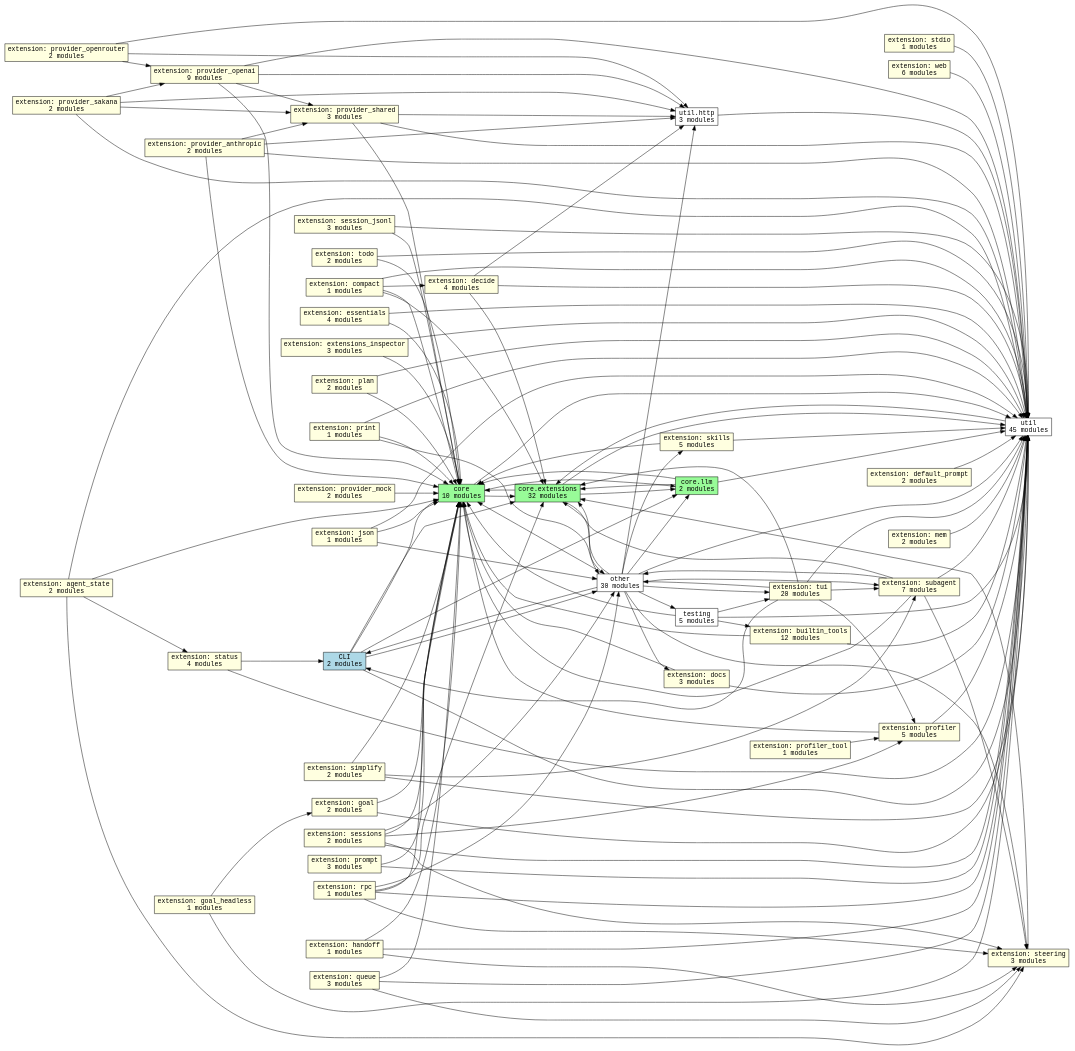
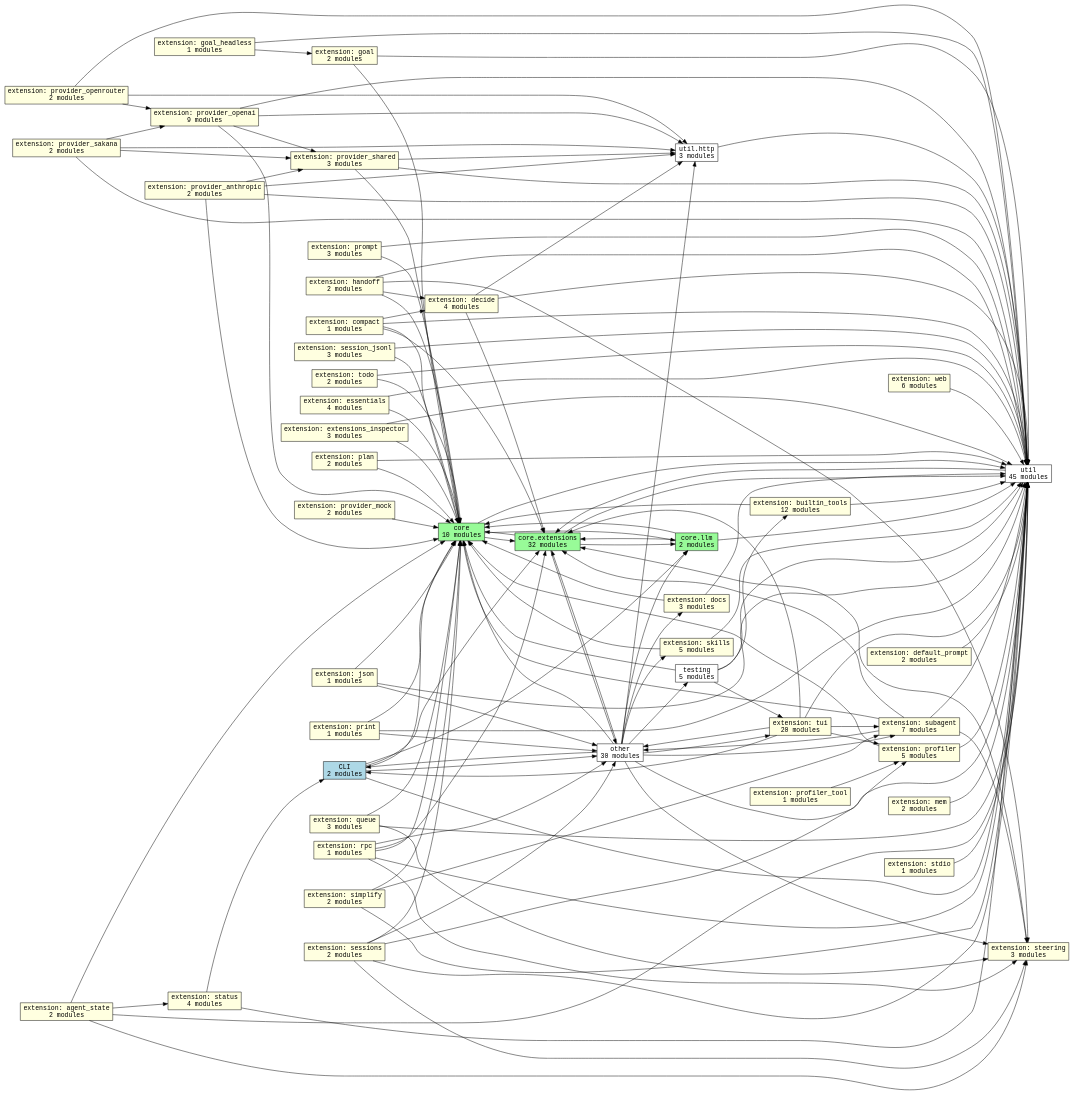
One commit to acmiyaguchi/fen changed the diagram in docs/graphs/subsystems.dot. Above: the diagram before and after it, drawn with Graphviz. The commit also changed 14 other files, not shown here.

```diff
--- a/docs/graphs/subsystems.dot
+++ b/docs/graphs/subsystems.dot
@@ -1,181 +1,182 @@
 digraph fen_subsystems {
   graph [rankdir=LR];
   node [shape=box, fontname="monospace"];
   edge [fontname="monospace"];
   "cli" [fillcolor="lightblue", label="CLI\n2 modules", style="filled"];
   "core" [fillcolor="palegreen", label="core\n10 modules", style="filled"];
   "core.extensions" [fillcolor="palegreen", label="core.extensions\n32 modules", style="filled"];
   "core.llm" [fillcolor="palegreen", label="core.llm\n2 modules", style="filled"];
   "extension.agent_state" [fillcolor="lightyellow", label="extension: agent_state\n2 modules", style="filled"];
   "extension.builtin_tools" [fillcolor="lightyellow", label="extension: builtin_tools\n12 modules", style="filled"];
   "extension.compact" [fillcolor="lightyellow", label="extension: compact\n1 modules", style="filled"];
   "extension.decide" [fillcolor="lightyellow", label="extension: decide\n4 modules", style="filled"];
   "extension.default_prompt" [fillcolor="lightyellow", label="extension: default_prompt\n2 modules", style="filled"];
   "extension.docs" [fillcolor="lightyellow", label="extension: docs\n3 modules", style="filled"];
   "extension.essentials" [fillcolor="lightyellow", label="extension: essentials\n4 modules", style="filled"];
   "extension.extensions_inspector" [fillcolor="lightyellow", label="extension: extensions_inspector\n3 modules", style="filled"];
   "extension.goal" [fillcolor="lightyellow", label="extension: goal\n2 modules", style="filled"];
   "extension.goal_headless" [fillcolor="lightyellow", label="extension: goal_headless\n1 modules", style="filled"];
-  "extension.handoff" [fillcolor="lightyellow", label="extension: handoff\n1 modules", style="filled"];
+  "extension.handoff" [fillcolor="lightyellow", label="extension: handoff\n2 modules", style="filled"];
   "extension.json" [fillcolor="lightyellow", label="extension: json\n1 modules", style="filled"];
   "extension.mem" [fillcolor="lightyellow", label="extension: mem\n2 modules", style="filled"];
   "extension.plan" [fillcolor="lightyellow", label="extension: plan\n2 modules", style="filled"];
   "extension.print" [fillcolor="lightyellow", label="extension: print\n1 modules", style="filled"];
   "extension.profiler" [fillcolor="lightyellow", label="extension: profiler\n5 modules", style="filled"];
   "extension.profiler_tool" [fillcolor="lightyellow", label="extension: profiler_tool\n1 modules", style="filled"];
   "extension.prompt" [fillcolor="lightyellow", label="extension: prompt\n3 modules", style="filled"];
   "extension.provider_anthropic" [fillcolor="lightyellow", label="extension: provider_anthropic\n2 modules", style="filled"];
   "extension.provider_mock" [fillcolor="lightyellow", label="extension: provider_mock\n2 modules", style="filled"];
   "extension.provider_openai" [fillcolor="lightyellow", label="extension: provider_openai\n9 modules", style="filled"];
   "extension.provider_openrouter" [fillcolor="lightyellow", label="extension: provider_openrouter\n2 modules", style="filled"];
   "extension.provider_sakana" [fillcolor="lightyellow", label="extension: provider_sakana\n2 modules", style="filled"];
   "extension.provider_shared" [fillcolor="lightyellow", label="extension: provider_shared\n3 modules", style="filled"];
   "extension.queue" [fillcolor="lightyellow", label="extension: queue\n3 modules", style="filled"];
   "extension.rpc" [fillcolor="lightyellow", label="extension: rpc\n1 modules", style="filled"];
   "extension.session_jsonl" [fillcolor="lightyellow", label="extension: session_jsonl\n3 modules", style="filled"];
   "extension.sessions" [fillcolor="lightyellow", label="extension: sessions\n2 modules", style="filled"];
   "extension.simplify" [fillcolor="lightyellow", label="extension: simplify\n2 modules", style="filled"];
   "extension.skills" [fillcolor="lightyellow", label="extension: skills\n5 modules", style="filled"];
   "extension.status" [fillcolor="lightyellow", label="extension: status\n4 modules", style="filled"];
   "extension.stdio" [fillcolor="lightyellow", label="extension: stdio\n1 modules", style="filled"];
   "extension.steering" [fillcolor="lightyellow", label="extension: steering\n3 modules", style="filled"];
   "extension.subagent" [fillcolor="lightyellow", label="extension: subagent\n7 modules", style="filled"];
   "extension.todo" [fillcolor="lightyellow", label="extension: todo\n2 modules", style="filled"];
   "extension.tui" [fillcolor="lightyellow", label="extension: tui\n20 modules", style="filled"];
   "extension.web" [fillcolor="lightyellow", label="extension: web\n6 modules", style="filled"];
   "other" [fillcolor="white", label="other\n30 modules", style="filled"];
   "testing" [fillcolor="white", label="testing\n5 modules", style="filled"];
   "util" [fillcolor="white", label="util\n45 modules", style="filled"];
   "util.http" [fillcolor="white", label="util.http\n3 modules", style="filled"];
   "cli" -> "core";
   "cli" -> "core.extensions";
   "cli" -> "core.llm";
   "cli" -> "other";
   "cli" -> "util";
   "core" -> "core.extensions";
   "core" -> "core.llm";
   "core" -> "util";
   "core.extensions" -> "core";
   "core.extensions" -> "core.llm";
   "core.extensions" -> "other";
   "core.extensions" -> "util";
   "core.llm" -> "core";
   "core.llm" -> "core.extensions";
   "core.llm" -> "util";
   "extension.agent_state" -> "core";
   "extension.agent_state" -> "extension.status";
   "extension.agent_state" -> "extension.steering";
   "extension.agent_state" -> "util";
   "extension.builtin_tools" -> "core";
   "extension.builtin_tools" -> "util";
   "extension.compact" -> "core";
   "extension.compact" -> "core.extensions";
   "extension.compact" -> "extension.decide";
   "extension.compact" -> "util";
   "extension.decide" -> "core.extensions";
   "extension.decide" -> "util";
   "extension.decide" -> "util.http";
   "extension.default_prompt" -> "util";
   "extension.docs" -> "core";
   "extension.docs" -> "util";
   "extension.essentials" -> "core";
   "extension.essentials" -> "util";
   "extension.extensions_inspector" -> "core";
   "extension.extensions_inspector" -> "util";
   "extension.goal" -> "core";
   "extension.goal" -> "util";
   "extension.goal_headless" -> "extension.goal";
   "extension.goal_headless" -> "util";
   "extension.handoff" -> "core";
+  "extension.handoff" -> "extension.decide";
   "extension.handoff" -> "extension.steering";
   "extension.handoff" -> "util";
   "extension.json" -> "core";
   "extension.json" -> "other";
   "extension.json" -> "util";
   "extension.mem" -> "util";
   "extension.plan" -> "core";
   "extension.plan" -> "util";
   "extension.print" -> "core";
   "extension.print" -> "other";
   "extension.print" -> "util";
   "extension.profiler" -> "core";
   "extension.profiler" -> "util";
   "extension.profiler_tool" -> "extension.profiler";
   "extension.prompt" -> "core";
   "extension.prompt" -> "util";
   "extension.provider_anthropic" -> "core";
   "extension.provider_anthropic" -> "extension.provider_shared";
   "extension.provider_anthropic" -> "util";
   "extension.provider_anthropic" -> "util.http";
   "extension.provider_mock" -> "core";
   "extension.provider_openai" -> "core";
   "extension.provider_openai" -> "extension.provider_shared";
   "extension.provider_openai" -> "util";
   "extension.provider_openai" -> "util.http";
   "extension.provider_openrouter" -> "extension.provider_openai";
   "extension.provider_openrouter" -> "util";
   "extension.provider_openrouter" -> "util.http";
   "extension.provider_sakana" -> "extension.provider_openai";
   "extension.provider_sakana" -> "extension.provider_shared";
   "extension.provider_sakana" -> "util";
   "extension.provider_sakana" -> "util.http";
   "extension.provider_shared" -> "core";
   "extension.provider_shared" -> "util";
   "extension.provider_shared" -> "util.http";
   "extension.queue" -> "core";
   "extension.queue" -> "extension.steering";
   "extension.queue" -> "util";
   "extension.rpc" -> "core";
   "extension.rpc" -> "core.extensions";
   "extension.rpc" -> "extension.steering";
   "extension.rpc" -> "other";
   "extension.rpc" -> "util";
   "extension.session_jsonl" -> "core";
   "extension.session_jsonl" -> "util";
   "extension.sessions" -> "core";
   "extension.sessions" -> "extension.profiler";
   "extension.sessions" -> "extension.steering";
   "extension.sessions" -> "other";
   "extension.sessions" -> "util";
   "extension.simplify" -> "core";
   "extension.simplify" -> "extension.subagent";
   "extension.simplify" -> "util";
   "extension.skills" -> "core";
   "extension.skills" -> "util";
   "extension.status" -> "cli";
   "extension.status" -> "util";
   "extension.stdio" -> "util";
   "extension.steering" -> "core.extensions";
   "extension.subagent" -> "core";
   "extension.subagent" -> "core.extensions";
   "extension.subagent" -> "extension.steering";
   "extension.subagent" -> "other";
   "extension.subagent" -> "util";
   "extension.todo" -> "core";
   "extension.todo" -> "util";
   "extension.tui" -> "cli";
   "extension.tui" -> "core.extensions";
   "extension.tui" -> "extension.profiler";
   "extension.tui" -> "extension.subagent";
   "extension.tui" -> "other";
   "extension.tui" -> "util";
   "extension.web" -> "util";
   "other" -> "cli";
   "other" -> "core";
   "other" -> "core.extensions";
   "other" -> "core.llm";
   "other" -> "extension.docs";
   "other" -> "extension.skills";
   "other" -> "extension.steering";
   "other" -> "extension.subagent";
   "other" -> "extension.tui";
   "other" -> "testing";
   "other" -> "util";
   "other" -> "util.http";
   "testing" -> "core";
   "testing" -> "extension.builtin_tools";
   "testing" -> "extension.tui";
   "testing" -> "util";
   "util" -> "core.extensions";
   "util.http" -> "util";
 }
```
